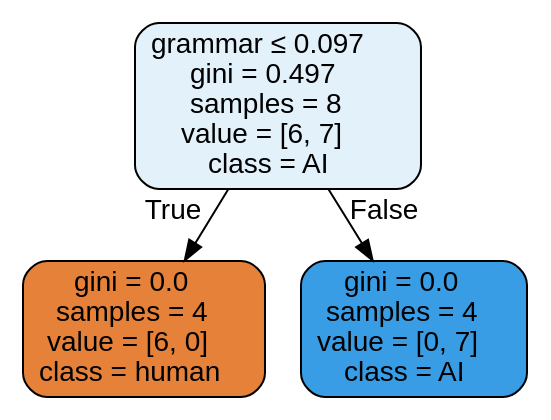
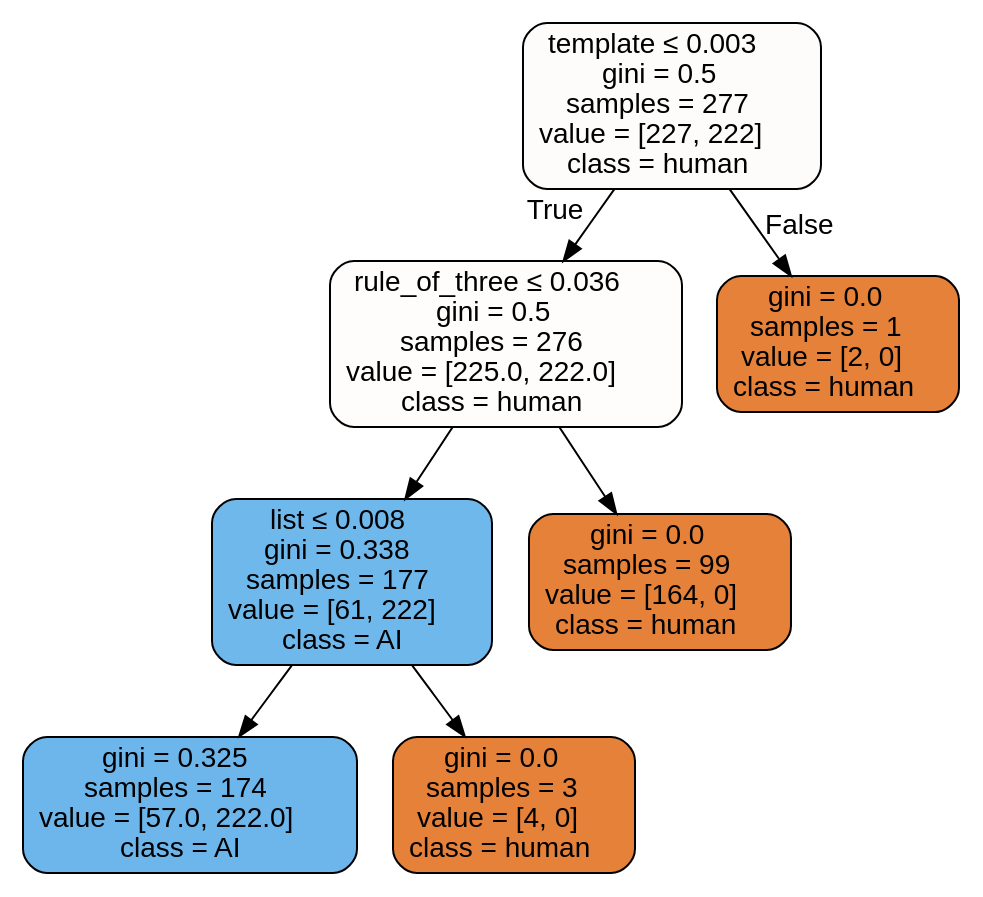
Before and after one commit to Paulpoomrit/LING450_TermProject: the diagram in results/eleg_variation/yame_wout_eleg_variation.dot, drawn with Graphviz. The commit also changed 41 other files, not shown here.

```diff
--- a/results/eleg_variation/yame_wout_eleg_variation.dot
+++ b/results/eleg_variation/yame_wout_eleg_variation.dot
@@ -1,9 +1,17 @@
 digraph Tree {
 node [shape=box, style="filled, rounded", color="black", fontname="helvetica"] ;
 edge [fontname="helvetica"] ;
-0 [label=<grammar &le; 0.097<br/>gini = 0.497<br/>samples = 8<br/>value = [6, 7]<br/>class = AI>, fillcolor="#e3f1fb"] ;
-1 [label=<gini = 0.0<br/>samples = 4<br/>value = [6, 0]<br/>class = human>, fillcolor="#e58139"] ;
+0 [label=<template &le; 0.003<br/>gini = 0.5<br/>samples = 277<br/>value = [227, 222]<br/>class = human>, fillcolor="#fefcfb"] ;
+1 [label=<rule_of_three &le; 0.036<br/>gini = 0.5<br/>samples = 276<br/>value = [225.0, 222.0]<br/>class = human>, fillcolor="#fffdfc"] ;
 0 -> 1 [labeldistance=2.5, labelangle=45, headlabel="True"] ;
-2 [label=<gini = 0.0<br/>samples = 4<br/>value = [0, 7]<br/>class = AI>, fillcolor="#399de5"] ;
+3 [label=<list &le; 0.008<br/>gini = 0.338<br/>samples = 177<br/>value = [61, 222]<br/>class = AI>, fillcolor="#6fb8ec"] ;
+1 -> 3 ;
+5 [label=<gini = 0.325<br/>samples = 174<br/>value = [57.0, 222.0]<br/>class = AI>, fillcolor="#6cb6ec"] ;
+3 -> 5 ;
+6 [label=<gini = 0.0<br/>samples = 3<br/>value = [4, 0]<br/>class = human>, fillcolor="#e58139"] ;
+3 -> 6 ;
+4 [label=<gini = 0.0<br/>samples = 99<br/>value = [164, 0]<br/>class = human>, fillcolor="#e58139"] ;
+1 -> 4 ;
+2 [label=<gini = 0.0<br/>samples = 1<br/>value = [2, 0]<br/>class = human>, fillcolor="#e58139"] ;
 0 -> 2 [labeldistance=2.5, labelangle=-45, headlabel="False"] ;
 }
```
